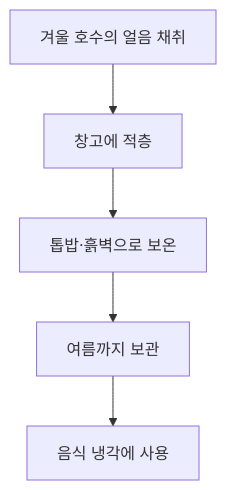
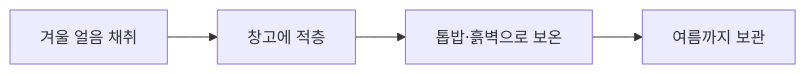
Before and after one commit to yunn1215/oss-team5: the diagram in docs/01-history-and-types.md, drawn with Mermaid. The commit also changed other lines of this file, not shown here.

````diff
--- a/docs/01-history-and-types.md
+++ b/docs/01-history-and-types.md
@@ -29,7 +21,6 @@
 ```mermaid
-flowchart TB
-    A[겨울 호수의 얼음 채취] --> B[창고에 적층]
+flowchart LR
+    A[겨울 얼음 채취] --> B[창고에 적층]
     B --> C[톱밥·흙벽으로 보온]
     C --> D[여름까지 보관]
-    D --> E[음식 냉각에 사용]
 ```
````
